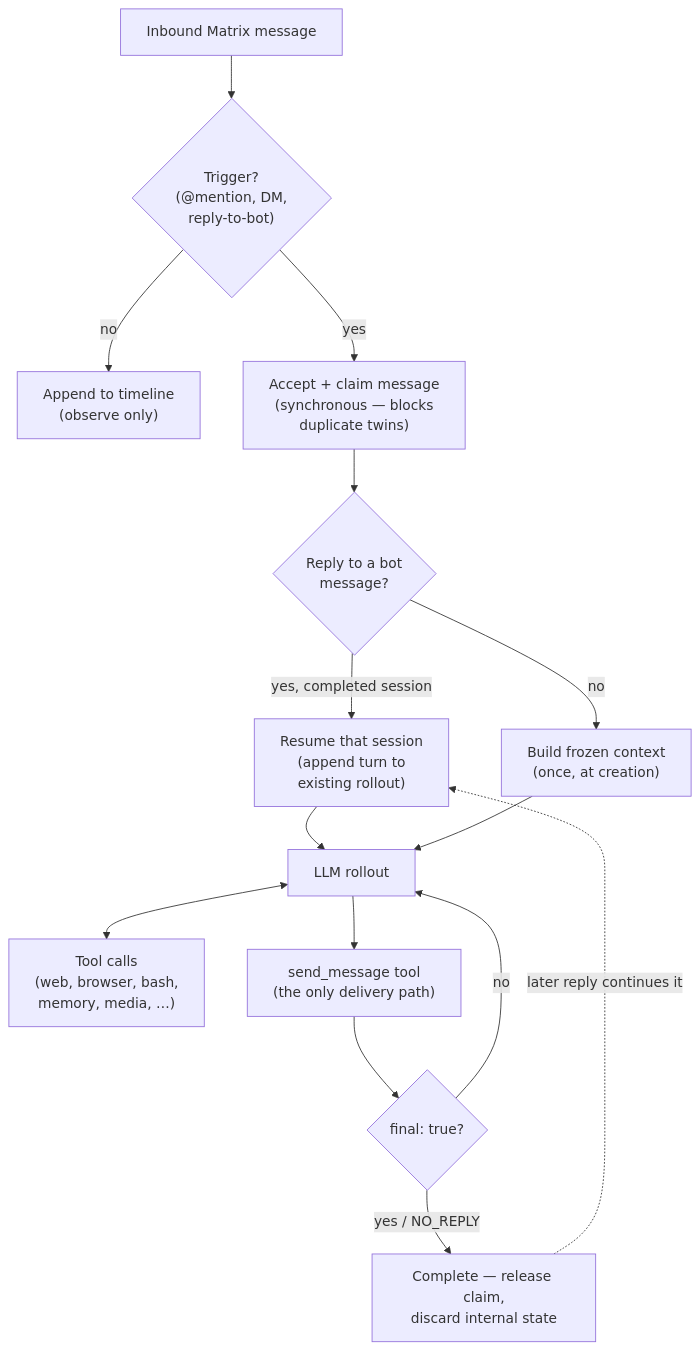
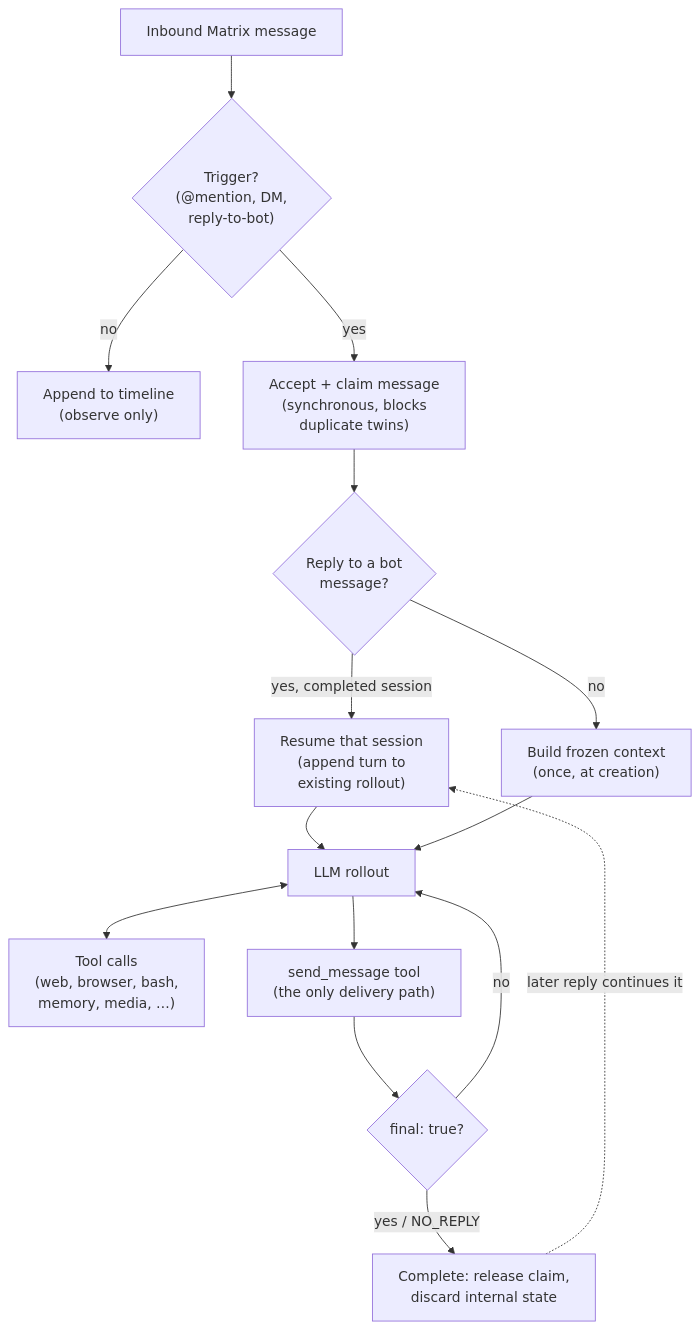
The second of 3 diagrams in README.md (reasv/mikuswarm), drawn with Mermaid before and after one commit. The commit also changed other lines of this file, not shown here.

````diff
--- a/README.md
+++ b/README.md
@@ -71,17 +71,17 @@
 ```mermaid
 flowchart TD
     IN["Inbound Matrix message"] --> TRIG{"Trigger?<br/>(@mention, DM,<br/>reply-to-bot)"}
     TRIG -->|no| OBS["Append to timeline<br/>(observe only)"]
-    TRIG -->|yes| CLAIM["Accept + claim message<br/>(synchronous — blocks<br/>duplicate twins)"]
+    TRIG -->|yes| CLAIM["Accept + claim message<br/>(synchronous, blocks<br/>duplicate twins)"]
     CLAIM --> REPLY{"Reply to a bot<br/>message?"}
     REPLY -->|"yes, completed session"| RESUME["Resume that session<br/>(append turn to<br/>existing rollout)"]
     REPLY -->|no| BUILD["Build frozen context<br/>(once, at creation)"]
     RESUME --> RUN
     BUILD --> RUN["LLM rollout"]
     RUN <--> TOOLS["Tool calls<br/>(web, browser, bash,<br/>memory, media, …)"]
     RUN --> SEND["send_message tool<br/>(the only delivery path)"]
     SEND --> FINAL{"final: true?"}
     FINAL -->|no| RUN
-    FINAL -->|"yes / NO_REPLY"| DONE["Complete — release claim,<br/>discard internal state"]
+    FINAL -->|"yes / NO_REPLY"| DONE["Complete: release claim,<br/>discard internal state"]
     DONE -.->|"later reply continues it"| RESUME
 ```
````
